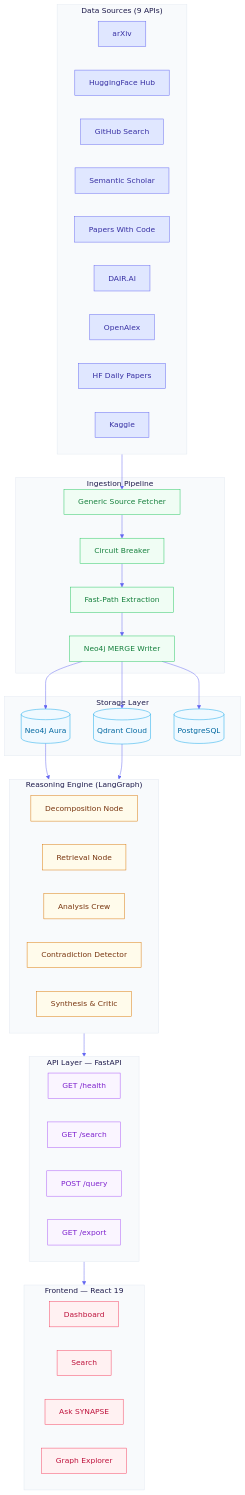
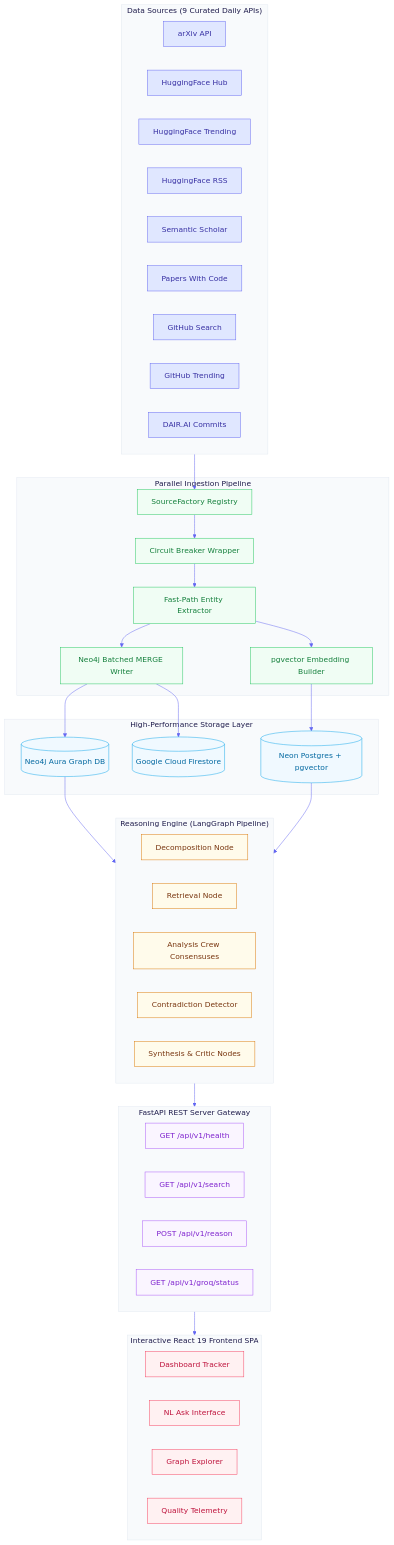
Before and after one commit to sarv-projects/Synapse: the first of 4 diagrams in README.md, drawn with Mermaid. The commit also changed other lines of this file and 67 other files, not shown here.

````diff
--- a/README.md
+++ b/README.md
@@ -13,78 +28,80 @@
 ```mermaid
 %%{init: {'theme': 'base', 'themeVariables': {'primaryColor': '#e0e7ff', 'primaryTextColor': '#1e1b4b', 'primaryBorderColor': '#6366f1', 'lineColor': '#6366f1', 'secondaryColor': '#f0fdf4', 'tertiaryColor': '#f0f9ff', 'background': '#ffffff', 'mainBkg': '#ffffff', 'nodeBorder': '#6366f1', 'clusterBkg': '#f8fafc', 'clusterBorder': '#e2e8f0', 'titleColor': '#1e1b4b', 'edgeLabelBackground': '#ffffff'}}}%%
 flowchart TD
-    subgraph Sources["Data Sources (9 APIs)"]
-        A1[arXiv]
+    subgraph Sources["Data Sources (9 Curated Daily APIs)"]
+        A1[arXiv API]
         A2[HuggingFace Hub]
-        A3[GitHub Search]
-        A4[Semantic Scholar]
-        A5[Papers With Code]
-        A6[DAIR.AI]
-        A7[OpenAlex]
-        A8[HF Daily Papers]
-        A9[Kaggle]
+        A3[HuggingFace Trending]
+        A4[HuggingFace RSS]
+        A5[Semantic Scholar]
+        A6[Papers With Code]
+        A7[GitHub Search]
+        A8[GitHub Trending]
+        A9[DAIR.AI Commits]
     end
 
-    subgraph Pipeline["Ingestion Pipeline"]
-        B1[Generic Source Fetcher]
-        B2[Circuit Breaker]
-        B3[Fast-Path Extraction]
-        B4[Neo4j MERGE Writer]
+    subgraph Pipeline["Parallel Ingestion Pipeline"]
+        B1[SourceFactory Registry]
+        B2[Circuit Breaker Wrapper]
+        B3[Fast-Path Entity Extractor]
+        B4[Neo4j Batched MERGE Writer]
+        B5[pgvector Embedding Builder]
     end
 
-    subgraph Storage["Storage Layer"]
-        C1[(Neo4j Aura)]
-        C2[(Qdrant Cloud)]
-        C3[(PostgreSQL)]
+    subgraph Storage["High-Performance Storage Layer"]
+        C1[(Neo4j Aura Graph DB)]
+        C2[(Neon Postgres + pgvector)]
+        C3[(Google Cloud Firestore)]
     end
 
-    subgraph Reason["Reasoning Engine (LangGraph)"]
+    subgraph Reason["Reasoning Engine (LangGraph Pipeline)"]
         R1[Decomposition Node]
         R2[Retrieval Node]
-        R3[Analysis Crew]
+        R3[Analysis Crew Consensuses]
         R4[Contradiction Detector]
-        R5[Synthesis & Critic]
+        R5[Synthesis & Critic Nodes]
     end
 
-    subgraph API["API Layer — FastAPI"]
-        D1["GET /health"]
-        D2["GET /search"]
-        D3["POST /query"]
-        D4["GET /export"]
+    subgraph API["FastAPI REST Server Gateway"]
+        D1["GET /api/v1/health"]
+        D2["GET /api/v1/search"]
+        D3["POST /api/v1/reason"]
+        D4["GET /api/v1/groq/status"]
     end
 
-    subgraph Frontend["Frontend — React 19"]
-        E1[Dashboard]
-        E2[Search]
-        E3[Ask SYNAPSE]
-        E4[Graph Explorer]
+    subgraph Frontend["Interactive React 19 Frontend SPA"]
+        E1[Dashboard Tracker]
+        E2[NL Ask Interface]
+        E3[Graph Explorer]
+        E4[Quality Telemetry]
     end
 
     Sources --> B1
     B1 --> B2
     B2 --> B3
     B3 --> B4
+    B3 --> B5
     B4 --> C1
-    B4 --> C2
+    B5 --> C2
     B4 --> C3
     
     C1 --> Reason
     C2 --> Reason
     
     Reason --> API
     API --> Frontend
 
     classDef sourceNode fill:#e0e7ff,stroke:#6366f1,color:#3730a3
     classDef pipeNode fill:#f0fdf4,stroke:#22c55e,color:#15803d
     classDef storeNode fill:#f0f9ff,stroke:#0ea5e9,color:#0369a1
     classDef apiNode fill:#faf5ff,stroke:#a855f7,color:#7e22ce
     classDef feNode fill:#fff1f2,stroke:#f43f5e,color:#be123c
     classDef reasonNode fill:#fffbeb,stroke:#d97706,color:#78350f
 
     class A1,A2,A3,A4,A5,A6,A7,A8,A9 sourceNode
-    class B1,B2,B3,B4 pipeNode
+    class B1,B2,B3,B4,B5 pipeNode
     class C1,C2,C3 storeNode
     class D1,D2,D3,D4 apiNode
     class E1,E2,E3,E4 feNode
     class R1,R2,R3,R4,R5 reasonNode
 ```
````
